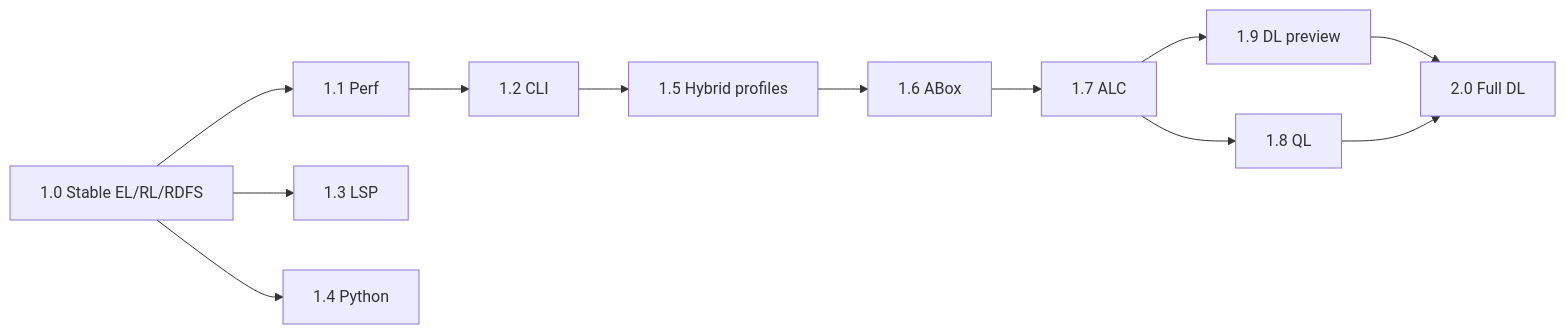
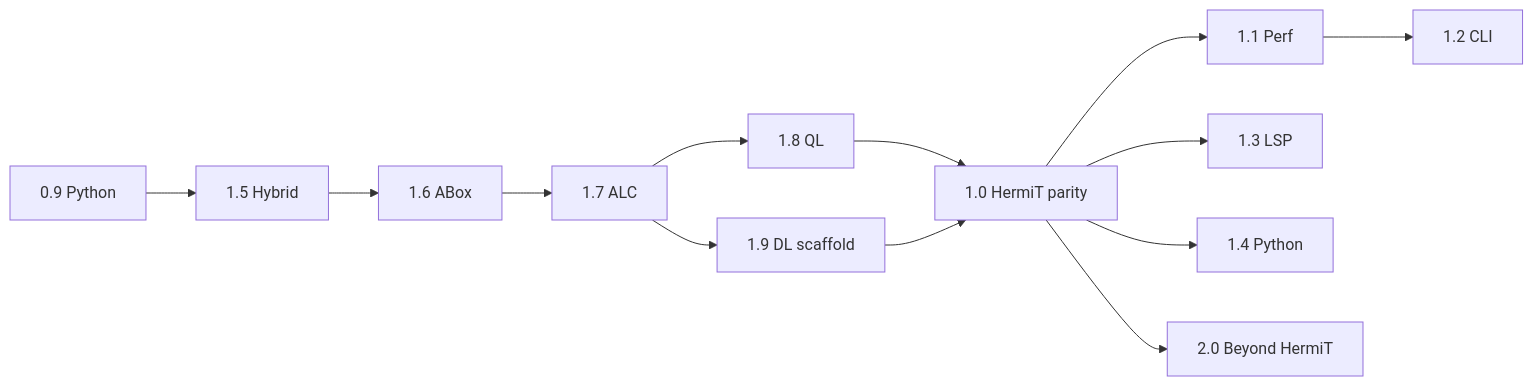
Before and after one commit to eddiethedean/ontologos: the second of 2 diagrams in ROADMAP.md, drawn with Mermaid. The commit also changed other lines of this file and 347 other files, not shown here.

First line of the commit message:
Implement HermiT parity foundation: DL stack, catalog harness, and conformance gates.

````diff
--- a/ROADMAP.md
+++ b/ROADMAP.md
@@ -616,23 +658,26 @@
 ```mermaid
 flowchart LR
-  v10[1.0 Stable EL/RL/RDFS]
+  v09[0.9 Python]
+  v15[1.5 Hybrid]
+  v16[1.6 ABox]
+  v17[1.7 ALC]
+  v18[1.8 QL]
+  v19[1.9 DL scaffold]
+  v10[1.0 HermiT parity]
   v11[1.1 Perf]
   v12[1.2 CLI]
   v13[1.3 LSP]
   v14[1.4 Python]
-  v15[1.5 Hybrid profiles]
-  v16[1.6 ABox]
-  v17[1.7 ALC]
-  v18[1.8 QL]
-  v19[1.9 DL preview]
-  v20[2.0 Full DL]
+  v20[2.0 Beyond HermiT]
 
+  v09 --> v15
+  v15 --> v16 --> v17
+  v17 --> v18
+  v17 --> v19
+  v18 --> v10
+  v19 --> v10
   v10 --> v11 --> v12
   v10 --> v13
   v10 --> v14
-  v12 --> v15
-  v15 --> v16 --> v17 --> v19
-  v17 --> v18
-  v19 --> v20
-  v18 --> v20
+  v10 --> v20
 ```
````
